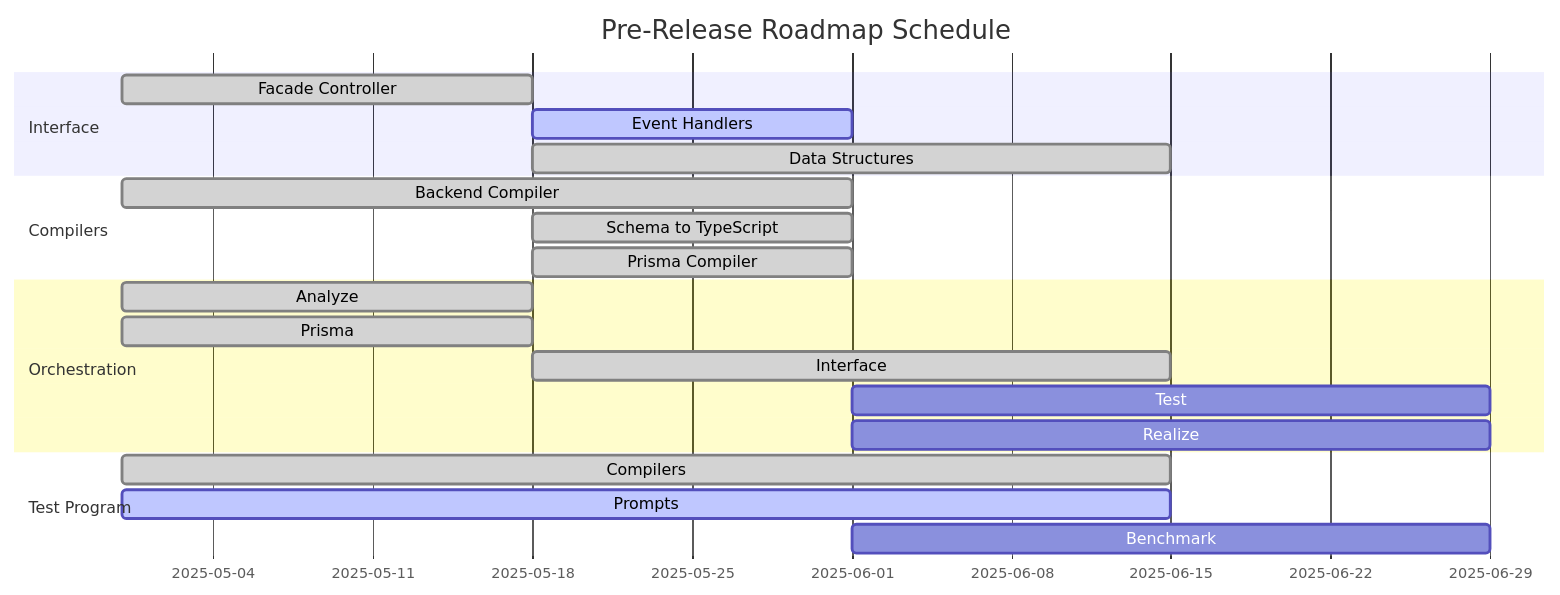
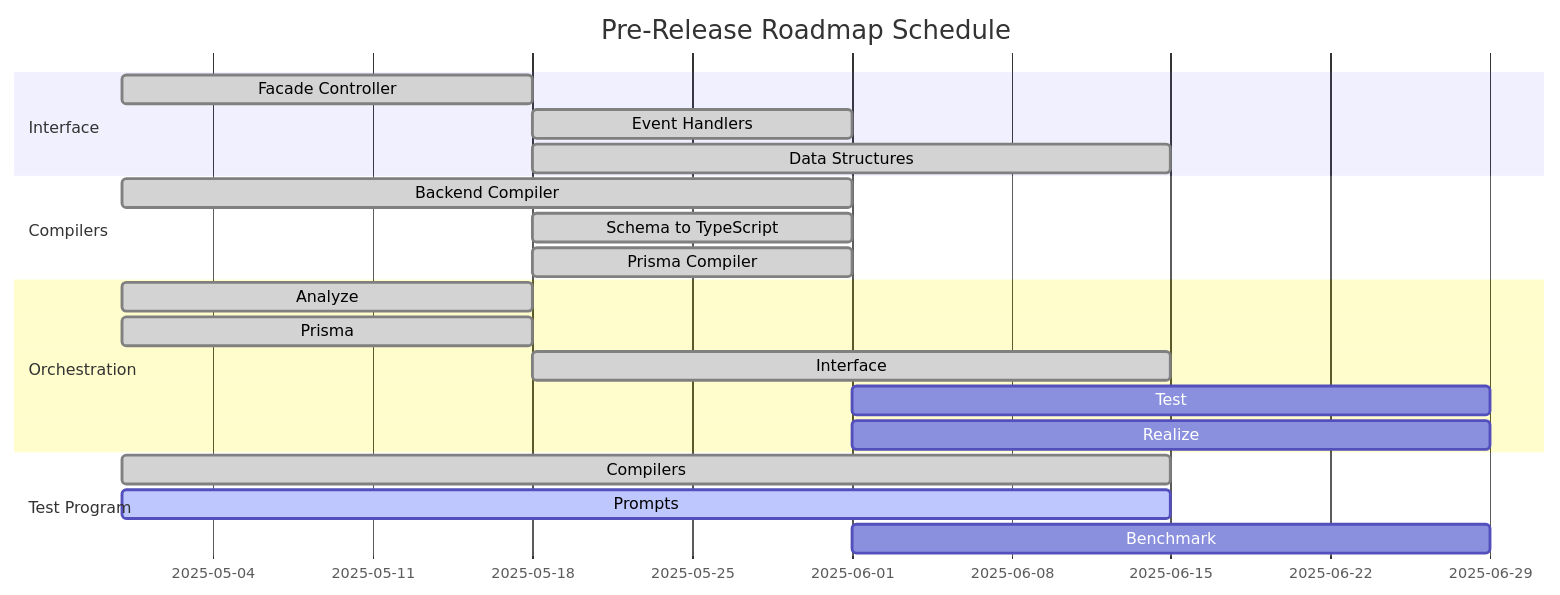
Before and after one commit to RavenView-ai/autobe: the third of 3 diagrams in README.md, drawn with Mermaid. The commit also changed 52 other files, not shown here.

````diff
--- a/README.md
+++ b/README.md
@@ -404,27 +404,27 @@
 ```mermaid
 gantt
   dateFormat YYYY-MM-DD
   title Pre-Release Roadmap Schedule
 
   section Interface
-  Facade Controller: done,   2025-04-30, 18d
-  Event Handlers:    active, 2025-05-18, 14d
-  Data Structures:   done,   2025-05-18, 28d
+  Facade Controller: done, 2025-04-30, 18d
+  Event Handlers:    done, 2025-05-18, 14d
+  Data Structures:   done, 2025-05-18, 28d
 
   section Compilers
   Backend Compiler:     done, 2025-04-30, 32d
   Schema to TypeScript: done, 2025-05-18, 14d
   Prisma Compiler:      done, 2025-05-18, 14d
 
   section Orchestration
   Analyze  : done,    2025-04-30, 18d
   Prisma   : done,    2025-04-30, 18d
   Interface: done,    2025-05-18, 28d
   Test     : planned, 2025-06-01, 28d
   Realize  : planned, 2025-06-01, 28d
 
   section Test Program
   Compilers: done,    2025-04-30, 46d
   Prompts:   active,  2025-04-30, 46d
   Benchmark: planned, 2025-06-01, 28d
 ```
````
